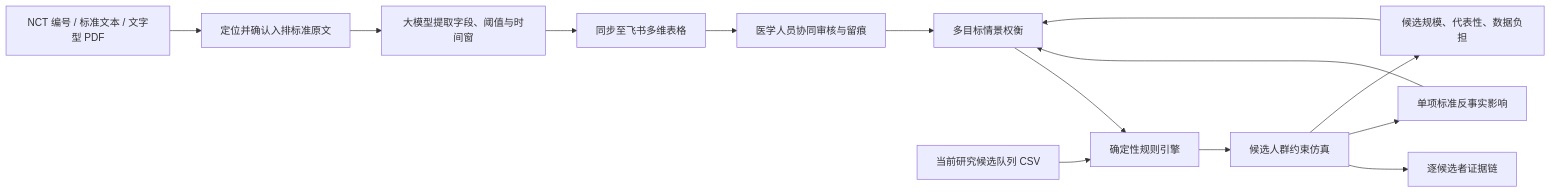
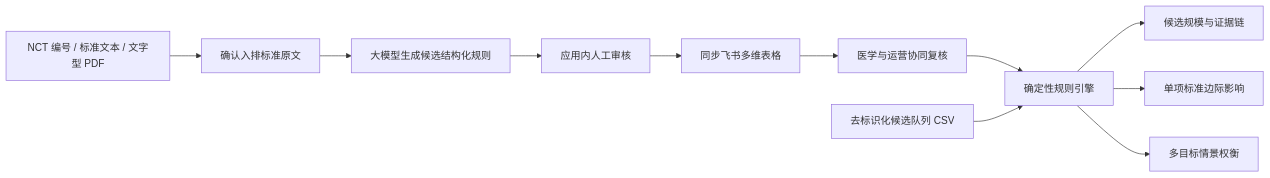
One commit to liziyaaa/TrialScopeAI changed the diagram in README.md. Above: the diagram before and after it, drawn with Mermaid. The commit also changed other lines of this file and 18 other files, not shown here.

````diff
--- a/README.md
+++ b/README.md
@@ -29,16 +25,13 @@
 ```mermaid
 flowchart LR
-    A["NCT 编号 / 标准文本 / 文字型 PDF"] --> B["定位并确认入排标准原文"]
-    B --> C["大模型提取字段、阈值与时间窗"]
-    C --> D["同步至飞书多维表格"]
-    D --> E["医学人员协同审核与留痕"]
-    E --> K["读取差异并人工确认"]
-    K --> L["确定性规则引擎"]
-    F["当前研究候选队列 CSV"] --> L
-    L --> G["候选人群约束仿真"]
-    G --> H["逐候选者证据链"]
-    G --> I["单项标准反事实影响"]
-    G --> J["候选规模、代表性、数据负担"]
-    I --> K["多目标情景权衡"]
-    J --> K
+    A["NCT 编号 / 标准文本 / 文字型 PDF"] --> B["确认入排标准原文"]
+    B --> C["大模型生成候选结构化规则"]
+    C --> D["应用内人工审核"]
+    D --> E["同步飞书多维表格"]
+    E --> F["医学与运营协同复核"]
+    F --> G["确定性规则引擎"]
+    H["去标识化候选队列 CSV"] --> G
+    G --> I["候选规模与证据链"]
+    G --> J["单项标准边际影响"]
+    G --> K["多目标情景权衡"]
 ```
````
